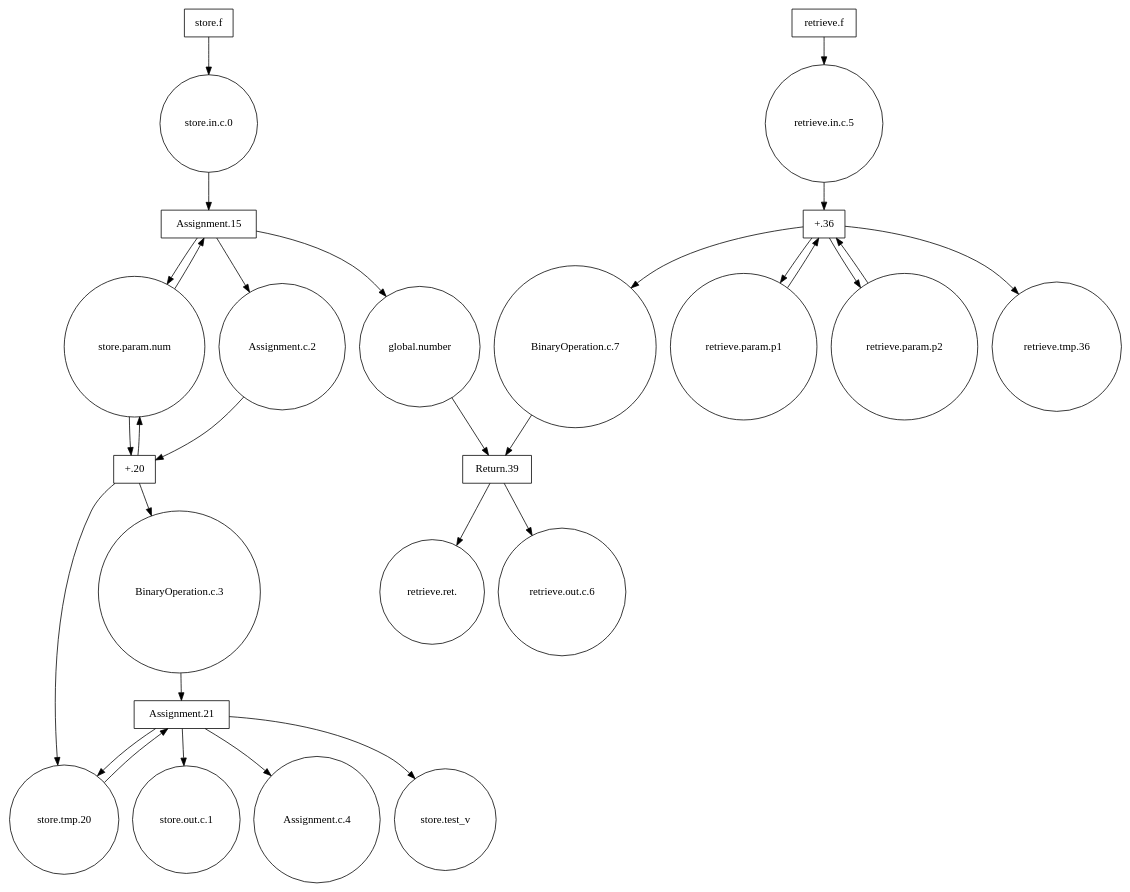
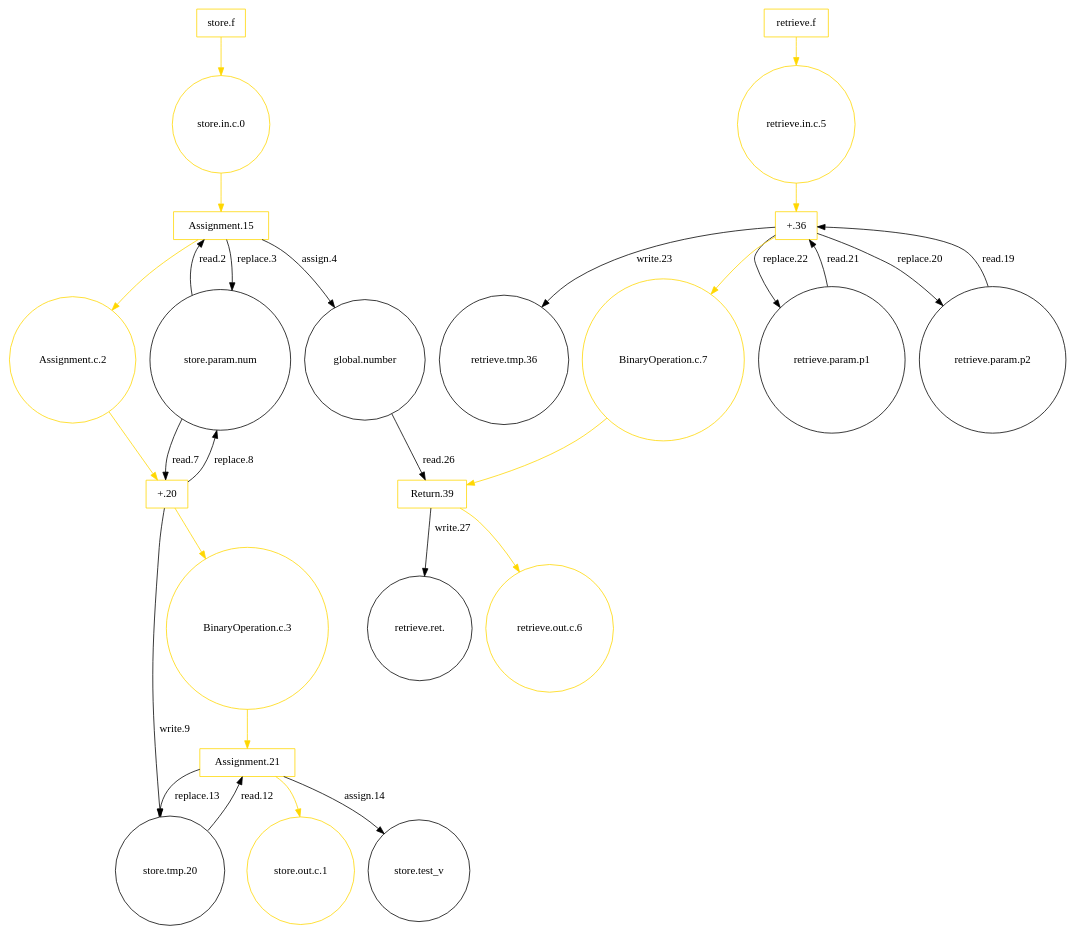
Before and after one commit to Yowen397/modeler: the diagram in bin/CPN.dot, drawn with Graphviz. The commit also changed 5 other files, not shown here.

Commit message:
删除函数末无意义控制流，并更新绘图

```diff
--- a/bin/CPN.dot
+++ b/bin/CPN.dot
@@ -1,56 +1,54 @@
 digraph G{
 node[shape=box]
-"store.f"[label="store.f"]
-"retrieve.f"[label="retrieve.f"]
-"Assignment.15"[label="Assignment.15"]
-"+.20"[label="+.20"]
-"Assignment.21"[label="Assignment.21"]
-"+.36"[label="+.36"]
-"Return.39"[label="Return.39"]
+"store.f"[label="store.f",color=gold]
+"retrieve.f"[label="retrieve.f",color=gold]
+"Assignment.15"[label="Assignment.15",color=gold]
+"+.20"[label="+.20",color=gold]
+"Assignment.21"[label="Assignment.21",color=gold]
+"+.36"[label="+.36",color=gold]
+"Return.39"[label="Return.39",color=gold]
 node[shape=circle]
 "global.number"[label="global.number"]
 "store.test_v"[label="store.test_v"]
 "store.param.num"[label="store.param.num"]
 "retrieve.param.p1"[label="retrieve.param.p1"]
 "retrieve.param.p2"[label="retrieve.param.p2"]
 "retrieve.ret."[label="retrieve.ret."]
-"store.in.c.0"[label="store.in.c.0"]
-"store.out.c.1"[label="store.out.c.1"]
-"Assignment.c.2"[label="Assignment.c.2"]
+"store.in.c.0"[label="store.in.c.0",color=gold]
+"store.out.c.1"[label="store.out.c.1",color=gold]
+"Assignment.c.2"[label="Assignment.c.2",color=gold]
 "store.tmp.20"[label="store.tmp.20"]
-"BinaryOperation.c.3"[label="BinaryOperation.c.3"]
-"Assignment.c.4"[label="Assignment.c.4"]
-"retrieve.in.c.5"[label="retrieve.in.c.5"]
-"retrieve.out.c.6"[label="retrieve.out.c.6"]
+"BinaryOperation.c.3"[label="BinaryOperation.c.3",color=gold]
+"retrieve.in.c.5"[label="retrieve.in.c.5",color=gold]
+"retrieve.out.c.6"[label="retrieve.out.c.6",color=gold]
 "retrieve.tmp.36"[label="retrieve.tmp.36"]
-"BinaryOperation.c.7"[label="BinaryOperation.c.7"]
-"store.f"->"store.in.c.0"
-"store.in.c.0"->"Assignment.15"
-"store.param.num"->"Assignment.15"
-"Assignment.15"->"store.param.num"
-"Assignment.15"->"global.number"
-"Assignment.15"->"Assignment.c.2"
-"Assignment.c.2"->"+.20"
-"store.param.num"->"+.20"
-"+.20"->"store.param.num"
-"+.20"->"store.tmp.20"
-"+.20"->"BinaryOperation.c.3"
-"BinaryOperation.c.3"->"Assignment.21"
-"store.tmp.20"->"Assignment.21"
-"Assignment.21"->"store.tmp.20"
-"Assignment.21"->"store.test_v"
-"Assignment.21"->"Assignment.c.4"
-"Assignment.21"->"store.out.c.1"
-"retrieve.f"->"retrieve.in.c.5"
-"retrieve.in.c.5"->"+.36"
-"retrieve.param.p2"->"+.36"
-"+.36"->"retrieve.param.p2"
-"retrieve.param.p1"->"+.36"
-"+.36"->"retrieve.param.p1"
-"+.36"->"retrieve.tmp.36"
-"+.36"->"BinaryOperation.c.7"
-"BinaryOperation.c.7"->"Return.39"
-"global.number"->"Return.39"
-"Return.39"->"retrieve.ret."
-"Return.39"->"retrieve.out.c.6"
+"BinaryOperation.c.7"[label="BinaryOperation.c.7",color=gold]
+"store.f"->"store.in.c.0"[color=gold]
+"store.in.c.0"->"Assignment.15"[color=gold]
+"store.param.num"->"Assignment.15"[label="read.2"]
+"Assignment.15"->"store.param.num"[label="replace.3"]
+"Assignment.15"->"global.number"[label="assign.4"]
+"Assignment.15"->"Assignment.c.2"[color=gold]
+"Assignment.c.2"->"+.20"[color=gold]
+"store.param.num"->"+.20"[label="read.7"]
+"+.20"->"store.param.num"[label="replace.8"]
+"+.20"->"store.tmp.20"[label="write.9"]
+"+.20"->"BinaryOperation.c.3"[color=gold]
+"BinaryOperation.c.3"->"Assignment.21"[color=gold]
+"store.tmp.20"->"Assignment.21"[label="read.12"]
+"Assignment.21"->"store.tmp.20"[label="replace.13"]
+"Assignment.21"->"store.test_v"[label="assign.14"]
+"Assignment.21"->"store.out.c.1"[color=gold]
+"retrieve.f"->"retrieve.in.c.5"[color=gold]
+"retrieve.in.c.5"->"+.36"[color=gold]
+"retrieve.param.p2"->"+.36"[label="read.19"]
+"+.36"->"retrieve.param.p2"[label="replace.20"]
+"retrieve.param.p1"->"+.36"[label="read.21"]
+"+.36"->"retrieve.param.p1"[label="replace.22"]
+"+.36"->"retrieve.tmp.36"[label="write.23"]
+"+.36"->"BinaryOperation.c.7"[color=gold]
+"BinaryOperation.c.7"->"Return.39"[color=gold]
+"global.number"->"Return.39"[label="read.26"]
+"Return.39"->"retrieve.ret."[label="write.27"]
+"Return.39"->"retrieve.out.c.6"[color=gold]
 }
```
